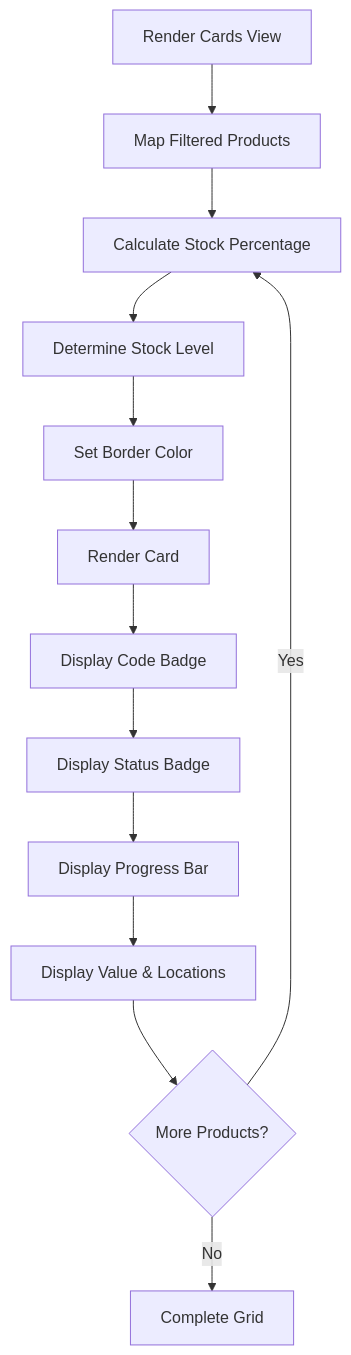
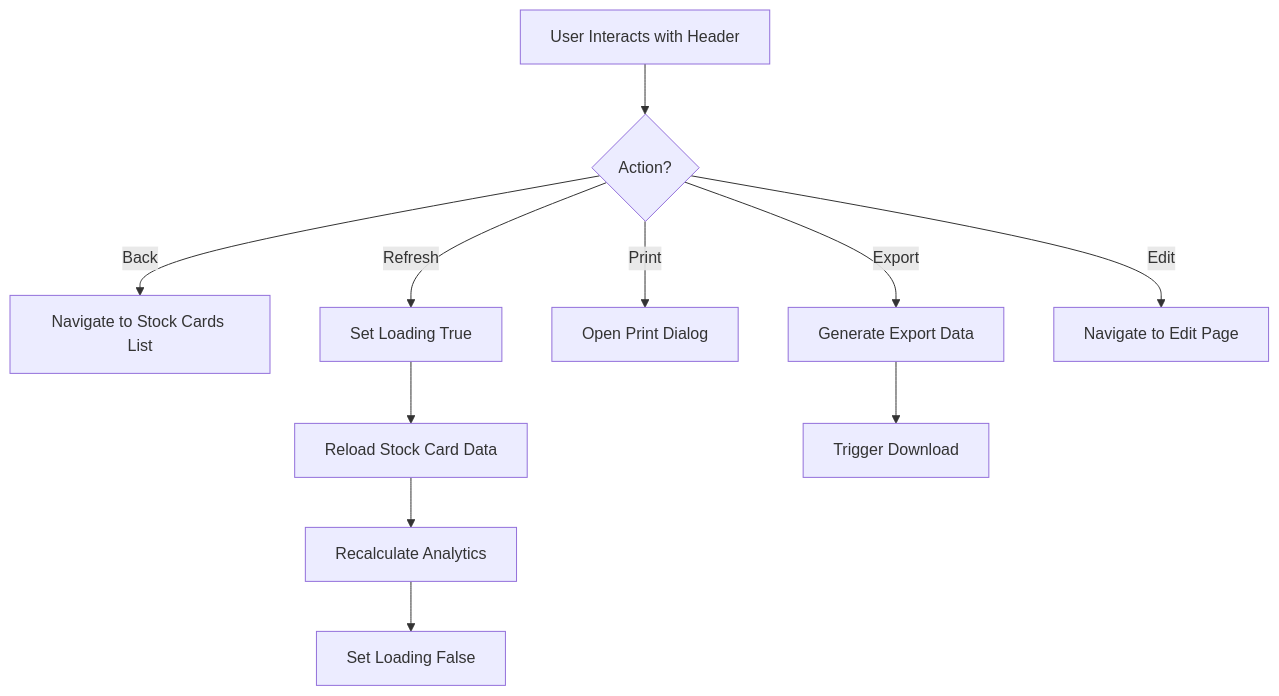
One commit to PeakMNA/carmen changed diagram 13 of 16 in docs/app/inventory-management/stock-overview/stock-cards/FD-stock-cards.md. Above: the diagram before and after it, drawn with Mermaid. The commit also changed other lines of this file and 473 other files, not shown here.

````diff
--- a/docs/app/inventory-management/stock-overview/stock-cards/FD-stock-cards.md
+++ b/docs/app/inventory-management/stock-overview/stock-cards/FD-stock-cards.md
@@ -202,15 +310,13 @@
 ```mermaid
 flowchart TD
-    A[Render Cards View] --> B[Map Filtered Products]
-    B --> C[Calculate Stock Percentage]
-    C --> D[Determine Stock Level]
-    D --> E[Set Border Color]
-    E --> F[Render Card]
-    F --> G[Display Code Badge]
-    G --> H[Display Status Badge]
-    H --> I[Display Progress Bar]
-    I --> J[Display Value & Locations]
-    J --> K{More Products?}
-    K -->|Yes| C
-    K -->|No| L[Complete Grid]
+    A[User Interacts with Header] --> B{Action?}
+    B -->|Back| C[Navigate to Stock Cards List]
+    B -->|Refresh| D[Set Loading True]
+    D --> E[Reload Stock Card Data]
+    E --> F[Recalculate Analytics]
+    F --> G[Set Loading False]
+    B -->|Print| H[Open Print Dialog]
+    B -->|Export| I[Generate Export Data]
+    I --> J[Trigger Download]
+    B -->|Edit| K[Navigate to Edit Page]
 ```
````
